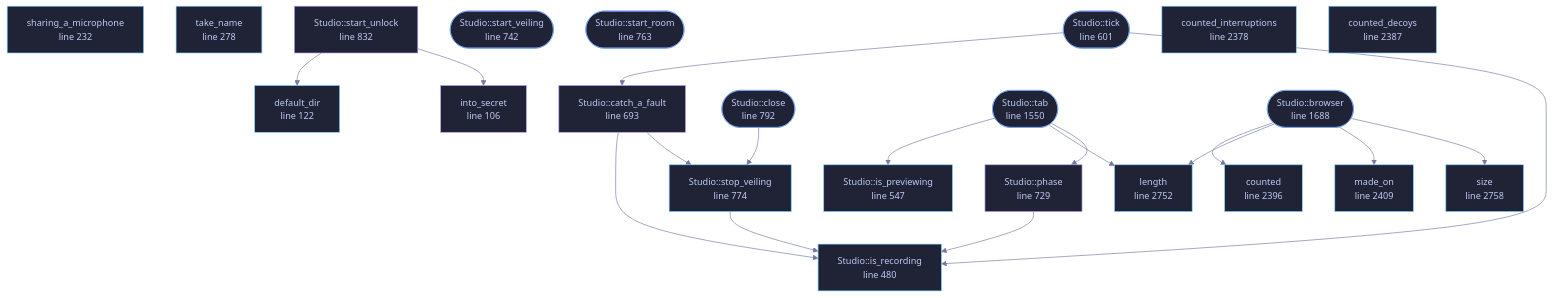
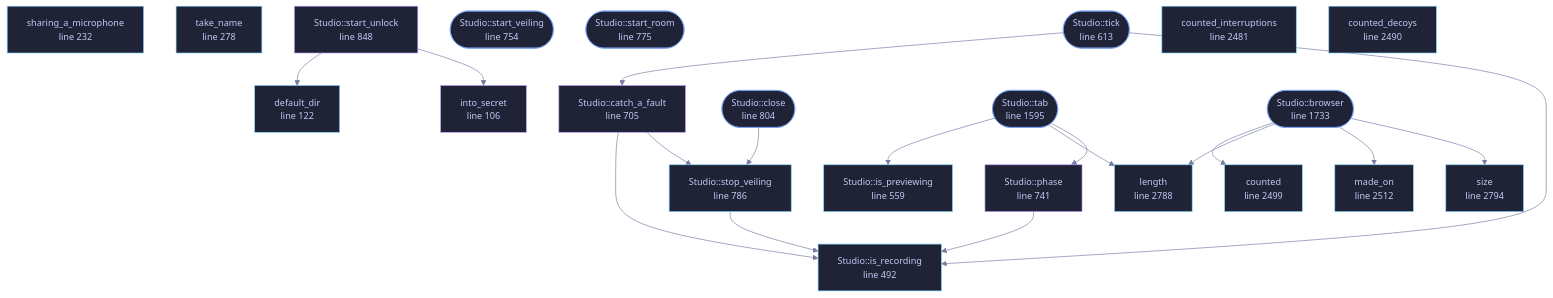
Before and after one commit to tilas01/veilvoice: the diagram in docs/files/veilvoice-gui/studio.md, drawn with Mermaid. The commit also changed other lines of this file and 48 other files, not shown here.

First line of the commit message:
Roadmap 175 done: the Browser exports the way a recorder does, with a picture of every recording

````diff
--- a/docs/files/veilvoice-gui/studio.md
+++ b/docs/files/veilvoice-gui/studio.md
@@ -192,70 +193,70 @@
 ```mermaid
 %%{init: {"theme":"base","themeVariables":{"background":"#1a1b26","primaryColor":"#1f2335","primaryTextColor":"#c0caf5","primaryBorderColor":"#7aa2f7","secondaryColor":"#16161e","tertiaryColor":"#16161e","lineColor":"#737aa2","textColor":"#c0caf5","mainBkg":"#1f2335","nodeBorder":"#7aa2f7","clusterBkg":"#16161e","clusterBorder":"#2f3549","fontFamily":"ui-monospace, SFMono-Regular, Consolas, monospace","fontSize":"14px"}}}%%
 flowchart TD
     n_into_secret["into_secret<br/>line 106"]
     n_default_dir["default_dir<br/>line 122"]
     n_sharing_a_microphone["sharing_a_microphone<br/>line 232"]
     n_take_name["take_name<br/>line 278"]
-    n_is_recording["Studio::is_recording<br/>line 480"]
-    n_is_previewing["Studio::is_previewing<br/>line 547"]
-    n_tick(["Studio::tick<br/>line 601"])
-    n_catch_a_fault["Studio::catch_a_fault<br/>line 693"]
-    n_phase["Studio::phase<br/>line 729"]
-    n_start_veiling(["Studio::start_veiling<br/>line 742"])
-    n_start_room(["Studio::start_room<br/>line 763"])
-    n_stop_veiling["Studio::stop_veiling<br/>line 774"]
-    n_close(["Studio::close<br/>line 792"])
-    n_start_unlock["Studio::start_unlock<br/>line 832"]
-    n_tab(["Studio::tab<br/>line 1550"])
-    n_browser(["Studio::browser<br/>line 1688"])
-    n_counted_interruptions["counted_interruptions<br/>line 2378"]
-    n_counted_decoys["counted_decoys<br/>line 2387"]
-    n_counted["counted<br/>line 2396"]
-    n_made_on["made_on<br/>line 2409"]
-    n_length["length<br/>line 2752"]
-    n_size["size<br/>line 2758"]
+    n_is_recording["Studio::is_recording<br/>line 492"]
+    n_is_previewing["Studio::is_previewing<br/>line 559"]
+    n_tick(["Studio::tick<br/>line 613"])
+    n_catch_a_fault["Studio::catch_a_fault<br/>line 705"]
+    n_phase["Studio::phase<br/>line 741"]
+    n_start_veiling(["Studio::start_veiling<br/>line 754"])
+    n_start_room(["Studio::start_room<br/>line 775"])
+    n_stop_veiling["Studio::stop_veiling<br/>line 786"]
+    n_close(["Studio::close<br/>line 804"])
+    n_start_unlock["Studio::start_unlock<br/>line 848"]
+    n_tab(["Studio::tab<br/>line 1595"])
+    n_browser(["Studio::browser<br/>line 1733"])
+    n_counted_interruptions["counted_interruptions<br/>line 2481"]
+    n_counted_decoys["counted_decoys<br/>line 2490"]
+    n_counted["counted<br/>line 2499"]
+    n_made_on["made_on<br/>line 2512"]
+    n_length["length<br/>line 2788"]
+    n_size["size<br/>line 2794"]
     n_browser --> n_counted
     n_browser --> n_length
     n_browser --> n_made_on
     n_browser --> n_size
     n_catch_a_fault --> n_is_recording
     n_catch_a_fault --> n_stop_veiling
     n_close --> n_stop_veiling
     n_phase --> n_is_recording
     n_start_unlock --> n_default_dir
     n_start_unlock --> n_into_secret
     n_stop_veiling --> n_is_recording
     n_tab --> n_is_previewing
     n_tab --> n_length
     n_tab --> n_phase
     n_tick --> n_catch_a_fault
     n_tick --> n_is_recording
     click n_into_secret href "https://github.com/tilas01/veilvoice/blob/main/crates/veilvoice-gui/src/studio.rs#L106" "open the source"
     click n_default_dir href "https://github.com/tilas01/veilvoice/blob/main/crates/veilvoice-gui/src/studio.rs#L122" "open the source"
     click n_sharing_a_microphone href "https://github.com/tilas01/veilvoice/blob/main/crates/veilvoice-gui/src/studio.rs#L232" "open the source"
     click n_take_name href "https://github.com/tilas01/veilvoice/blob/main/crates/veilvoice-gui/src/studio.rs#L278" "open the source"
-    click n_is_recording href "https://github.com/tilas01/veilvoice/blob/main/crates/veilvoice-gui/src/studio.rs#L480" "open the source"
-    click n_is_previewing href "https://github.com/tilas01/veilvoice/blob/main/crates/veilvoice-gui/src/studio.rs#L547" "open the source"
-    click n_tick href "https://github.com/tilas01/veilvoice/blob/main/crates/veilvoice-gui/src/studio.rs#L601" "open the source"
-    click n_catch_a_fault href "https://github.com/tilas01/veilvoice/blob/main/crates/veilvoice-gui/src/studio.rs#L693" "open the source"
-    click n_phase href "https://github.com/tilas01/veilvoice/blob/main/crates/veilvoice-gui/src/studio.rs#L729" "open the source"
-    click n_start_veiling href "https://github.com/tilas01/veilvoice/blob/main/crates/veilvoice-gui/src/studio.rs#L742" "open the source"
-    click n_start_room href "https://github.com/tilas01/veilvoice/blob/main/crates/veilvoice-gui/src/studio.rs#L763" "open the source"
-    click n_stop_veiling href "https://github.com/tilas01/veilvoice/blob/main/crates/veilvoice-gui/src/studio.rs#L774" "open the source"
-    click n_close href "https://github.com/tilas01/veilvoice/blob/main/crates/veilvoice-gui/src/studio.rs#L792" "open the source"
-    click n_start_unlock href "https://github.com/tilas01/veilvoice/blob/main/crates/veilvoice-gui/src/studio.rs#L832" "open the source"
-    click n_tab href "https://github.com/tilas01/veilvoice/blob/main/crates/veilvoice-gui/src/studio.rs#L1550" "open the source"
-    click n_browser href "https://github.com/tilas01/veilvoice/blob/main/crates/veilvoice-gui/src/studio.rs#L1688" "open the source"
-    click n_counted_interruptions href "https://github.com/tilas01/veilvoice/blob/main/crates/veilvoice-gui/src/studio.rs#L2378" "open the source"
-    click n_counted_decoys href "https://github.com/tilas01/veilvoice/blob/main/crates/veilvoice-gui/src/studio.rs#L2387" "open the source"
-    click n_counted href "https://github.com/tilas01/veilvoice/blob/main/crates/veilvoice-gui/src/studio.rs#L2396" "open the source"
-    click n_made_on href "https://github.com/tilas01/veilvoice/blob/main/crates/veilvoice-gui/src/studio.rs#L2409" "open the source"
-    click n_length href "https://github.com/tilas01/veilvoice/blob/main/crates/veilvoice-gui/src/studio.rs#L2752" "open the source"
-    click n_size href "https://github.com/tilas01/veilvoice/blob/main/crates/veilvoice-gui/src/studio.rs#L2758" "open the source"
+    click n_is_recording href "https://github.com/tilas01/veilvoice/blob/main/crates/veilvoice-gui/src/studio.rs#L492" "open the source"
+    click n_is_previewing href "https://github.com/tilas01/veilvoice/blob/main/crates/veilvoice-gui/src/studio.rs#L559" "open the source"
+    click n_tick href "https://github.com/tilas01/veilvoice/blob/main/crates/veilvoice-gui/src/studio.rs#L613" "open the source"
+    click n_catch_a_fault href "https://github.com/tilas01/veilvoice/blob/main/crates/veilvoice-gui/src/studio.rs#L705" "open the source"
+    click n_phase href "https://github.com/tilas01/veilvoice/blob/main/crates/veilvoice-gui/src/studio.rs#L741" "open the source"
+    click n_start_veiling href "https://github.com/tilas01/veilvoice/blob/main/crates/veilvoice-gui/src/studio.rs#L754" "open the source"
+    click n_start_room href "https://github.com/tilas01/veilvoice/blob/main/crates/veilvoice-gui/src/studio.rs#L775" "open the source"
+    click n_stop_veiling href "https://github.com/tilas01/veilvoice/blob/main/crates/veilvoice-gui/src/studio.rs#L786" "open the source"
+    click n_close href "https://github.com/tilas01/veilvoice/blob/main/crates/veilvoice-gui/src/studio.rs#L804" "open the source"
+    click n_start_unlock href "https://github.com/tilas01/veilvoice/blob/main/crates/veilvoice-gui/src/studio.rs#L848" "open the source"
+    click n_tab href "https://github.com/tilas01/veilvoice/blob/main/crates/veilvoice-gui/src/studio.rs#L1595" "open the source"
+    click n_browser href "https://github.com/tilas01/veilvoice/blob/main/crates/veilvoice-gui/src/studio.rs#L1733" "open the source"
+    click n_counted_interruptions href "https://github.com/tilas01/veilvoice/blob/main/crates/veilvoice-gui/src/studio.rs#L2481" "open the source"
+    click n_counted_decoys href "https://github.com/tilas01/veilvoice/blob/main/crates/veilvoice-gui/src/studio.rs#L2490" "open the source"
+    click n_counted href "https://github.com/tilas01/veilvoice/blob/main/crates/veilvoice-gui/src/studio.rs#L2499" "open the source"
+    click n_made_on href "https://github.com/tilas01/veilvoice/blob/main/crates/veilvoice-gui/src/studio.rs#L2512" "open the source"
+    click n_length href "https://github.com/tilas01/veilvoice/blob/main/crates/veilvoice-gui/src/studio.rs#L2788" "open the source"
+    click n_size href "https://github.com/tilas01/veilvoice/blob/main/crates/veilvoice-gui/src/studio.rs#L2794" "open the source"
     classDef entry fill:#1f2335,stroke:#7aa2f7,color:#c0caf5
     class n_tick,n_start_veiling,n_start_room,n_close,n_tab,n_browser entry
     classDef api fill:#1f2335,stroke:#7dcfff,color:#c0caf5
     class n_default_dir,n_sharing_a_microphone,n_take_name,n_is_recording,n_is_previewing,n_stop_veiling,n_counted_interruptions,n_counted_decoys,n_counted,n_made_on,n_length,n_size api
     classDef helper fill:#1f2335,stroke:#bb9af7,color:#c0caf5
     class n_into_secret,n_catch_a_fault,n_phase,n_start_unlock helper
 ```
````
